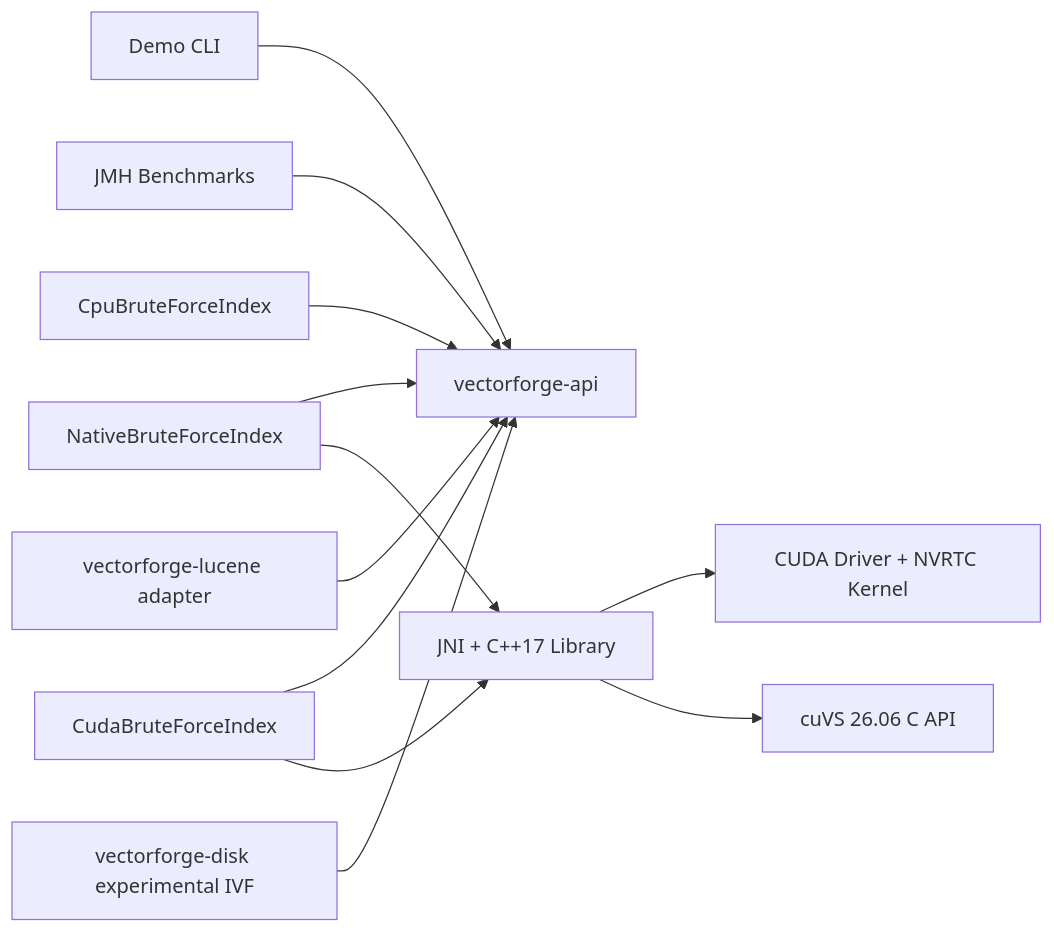
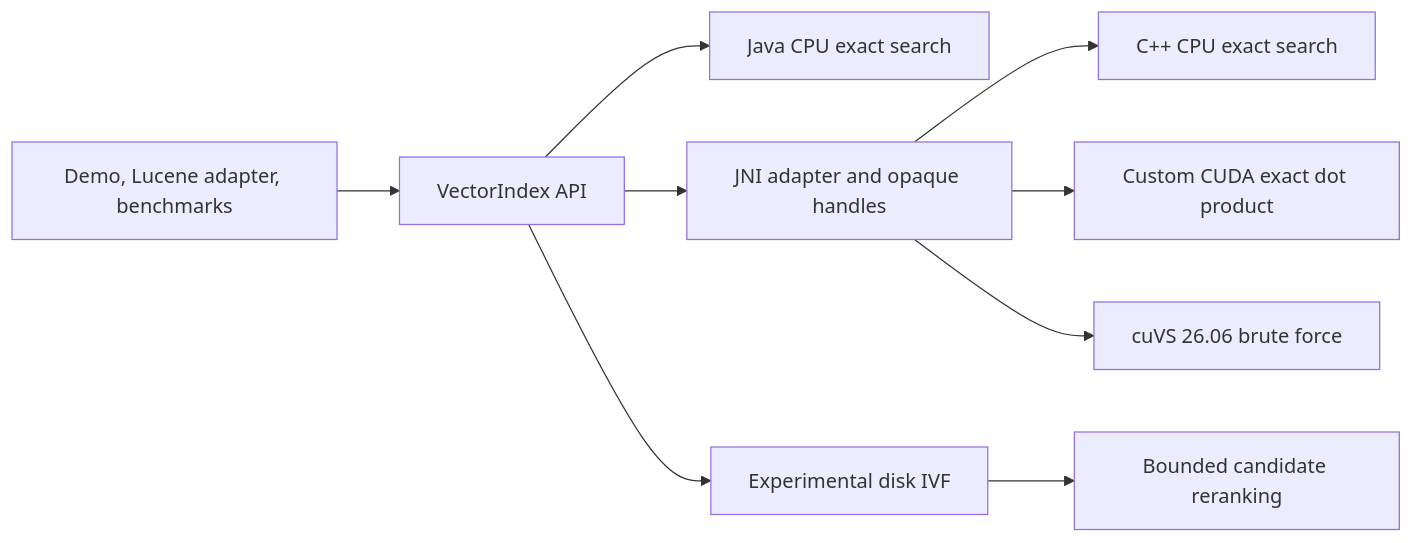
The diagram in README.md (AntVann/Java-Vector-Search), drawn with Mermaid before and after one commit. The commit also changed other lines of this file, not shown here.

````diff
--- a/README.md
+++ b/README.md
@@ -18,14 +22,11 @@
 ```mermaid
 flowchart LR
-    Demo["Demo CLI"] --> API["vectorforge-api"]
-    Bench["JMH Benchmarks"] --> API
-    CPU["CpuBruteForceIndex"] --> API
-    NativeJava["NativeBruteForceIndex"] --> API
-    NativeJava --> NativeCpp["JNI + C++17 Library"]
-    GpuJava["CudaBruteForceIndex"] --> API
-    GpuJava --> NativeCpp
-    NativeCpp --> GPU["CUDA Driver + NVRTC Kernel"]
-    NativeCpp --> CUVS["cuVS 26.06 C API"]
-    Lucene["vectorforge-lucene adapter"] --> API
-    Disk["vectorforge-disk experimental IVF"] --> API
+    Client["Demo, Lucene adapter, benchmarks"] --> API["VectorIndex API"]
+    API --> Java["Java CPU exact search"]
+    API --> JNI["JNI adapter and opaque handles"]
+    JNI --> Native["C++ CPU exact search"]
+    JNI --> CUDA["Custom CUDA exact dot product"]
+    JNI --> CUVS["cuVS 26.06 brute force"]
+    API --> Disk["Experimental disk IVF"]
+    Disk --> Rerank["Bounded candidate reranking"]
 ```
````
